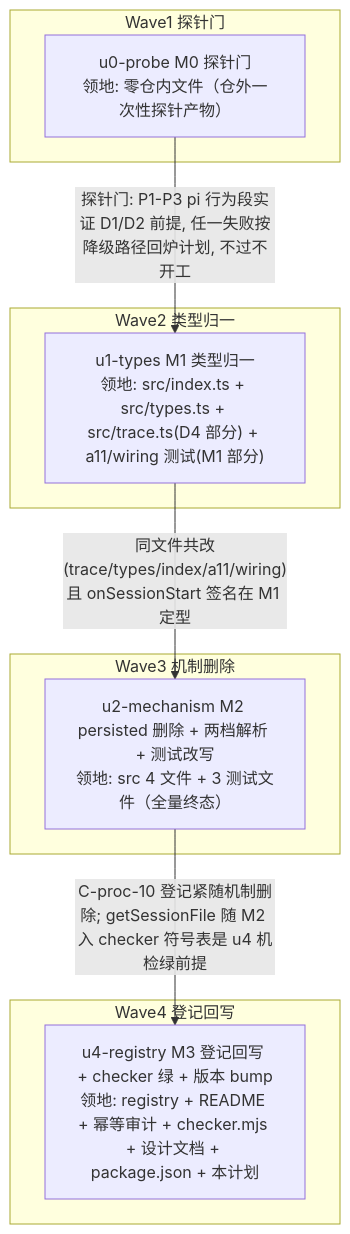
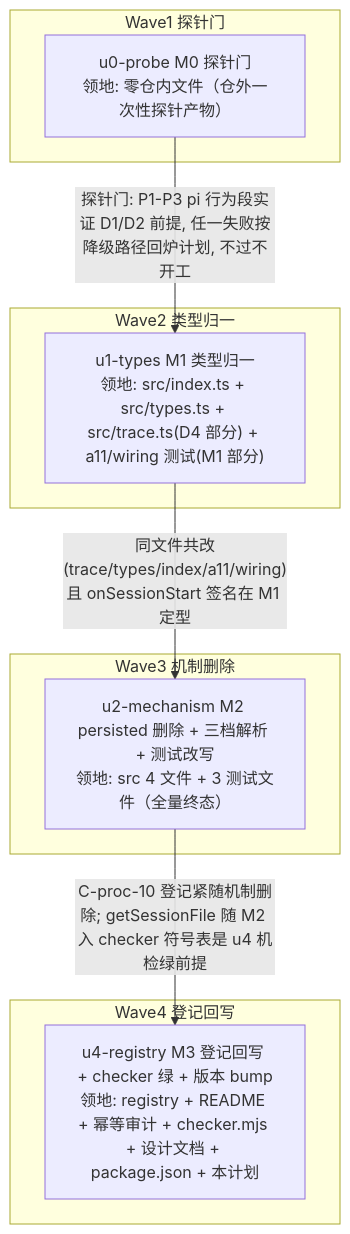
The diagram in docs/design/ext-simplify-02-system-prompt-trace.impl-plan.md (zhushanwen321/xyz-agent), drawn with Mermaid before and after one commit. The commit also changed other lines of this file and 1 other file, not shown here.

````diff
--- a/docs/design/ext-simplify-02-system-prompt-trace.impl-plan.md
+++ b/docs/design/ext-simplify-02-system-prompt-trace.impl-plan.md
@@ -79,18 +79,18 @@
 ```mermaid
 graph TD
   subgraph W1[Wave1 探针门]
     U0["u0-probe M0 探针门<br/>领地: 零仓内文件（仓外一次性探针产物）"]
   end
   subgraph W2[Wave2 类型归一]
     U1["u1-types M1 类型归一<br/>领地: src/index.ts + src/types.ts + src/trace.ts(D4 部分) + a11/wiring 测试(M1 部分)"]
   end
   subgraph W3[Wave3 机制删除]
-    U2["u2-mechanism M2 persisted 删除 + 两档解析 + 测试改写<br/>领地: src 4 文件 + 3 测试文件（全量终态）"]
+    U2["u2-mechanism M2 persisted 删除 + 三档解析 + 测试改写<br/>领地: src 4 文件 + 3 测试文件（全量终态）"]
   end
   subgraph W4[Wave4 登记回写]
     U4["u4-registry M3 登记回写 + checker 绿 + 版本 bump<br/>领地: registry + README + 幂等审计 + checker.mjs + 设计文档 + package.json + 本计划"]
   end
   U0 -->|"探针门: P1-P3 pi 行为段实证 D1/D2 前提, 任一失败按降级路径回炉计划, 不过不开工"| U1
   U1 -->|"同文件共改(trace/types/index/a11/wiring)且 onSessionStart 签名在 M1 定型"| U2
   U2 -->|"C-proc-10 登记紧随机制删除; getSessionFile 随 M2 入 checker 符号表是 u4 机检绿前提"| U4
 ```
````
